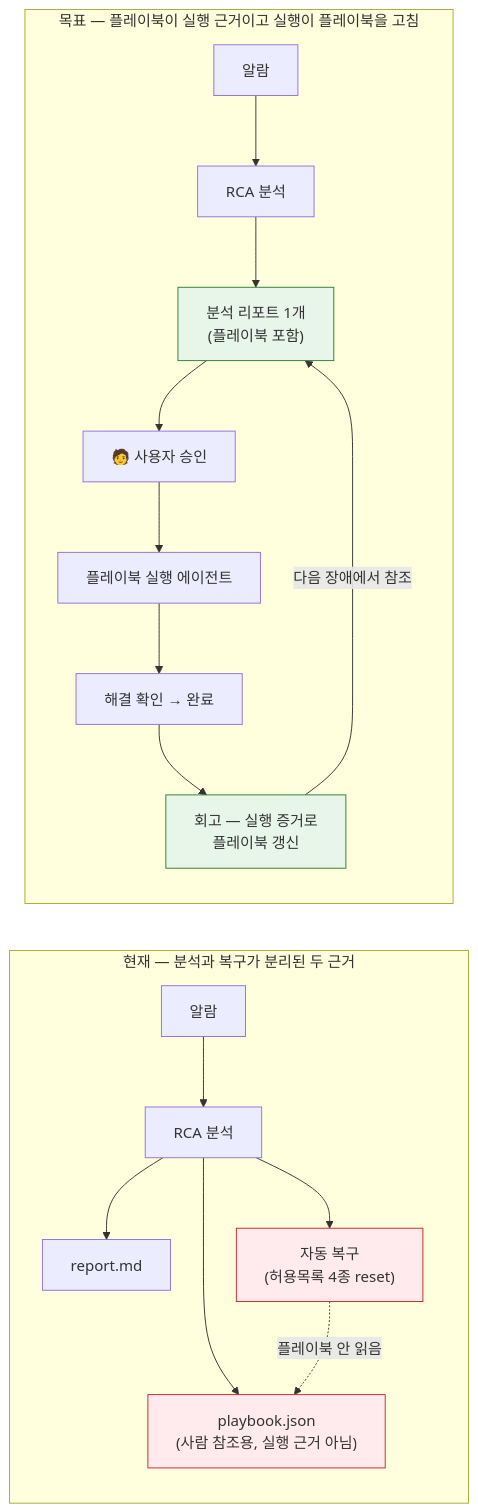
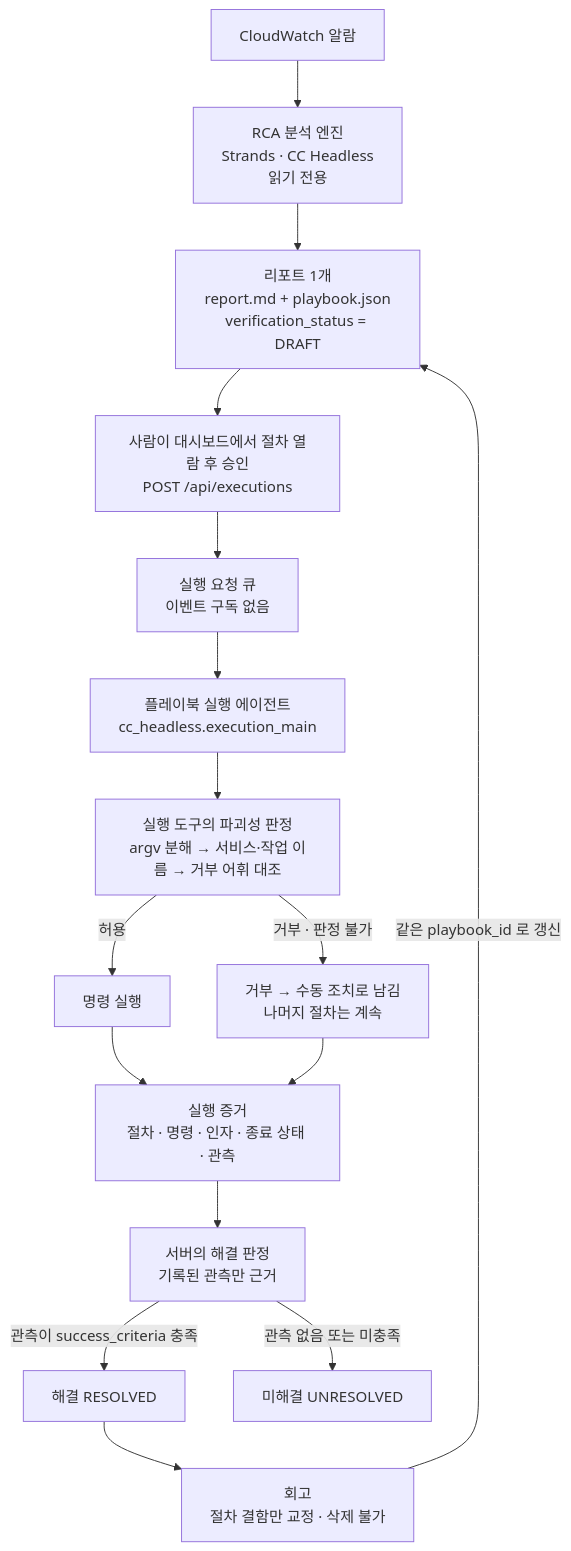
The first of 4 diagrams in docs/rca-to-remediation-flow.md (haandol/rca-agent), drawn with Mermaid before and after one commit. The commit also changed other lines of this file and 7 other files, not shown here.

````diff
--- a/docs/rca-to-remediation-flow.md
+++ b/docs/rca-to-remediation-flow.md
@@ -20,27 +18,26 @@
 ```mermaid
-flowchart LR
-    subgraph AsIs["현재 — 분석과 복구가 분리된 두 근거"]
-        direction TB
-        A1["알람"] --> A2["RCA 분석"]
-        A2 --> A3["report.md"]
-        A2 --> A4["playbook.json<br/>(사람 참조용, 실행 근거 아님)"]
-        A2 --> A5["자동 복구<br/>(허용목록 4종 reset)"]
-        A5 -.->|"플레이북 안 읽음"| A4
-    end
+flowchart TB
+    CW["CloudWatch 알람"]
+    ENG["RCA 분석 엔진<br/>Strands · CC Headless<br/>읽기 전용"]
+    REP["리포트 1개<br/>report.md + playbook.json<br/>verification_status = DRAFT"]
+    APV["사람이 대시보드에서 절차 열람 후 승인<br/>POST /api/executions"]
+    QUE["실행 요청 큐<br/>이벤트 구독 없음"]
+    WRK["플레이북 실행 에이전트<br/>cc_headless.execution_main"]
+    GATE["실행 도구의 파괴성 판정<br/>argv 분해 → 서비스·작업 이름 → 거부 어휘 대조"]
+    RUN["명령 실행"]
+    MAN["거부 → 수동 조치로 남김<br/>나머지 절차는 계속"]
+    EVD["실행 증거<br/>절차 · 명령 · 인자 · 종료 상태 · 관측"]
+    JDG["서버의 해결 판정<br/>기록된 관측만 근거"]
+    RES["해결 RESOLVED"]
+    UNR["미해결 UNRESOLVED"]
+    RETRO["회고<br/>절차 결함만 교정 · 삭제 불가"]
 
-    subgraph ToBe["목표 — 플레이북이 실행 근거이고 실행이 플레이북을 고침"]
-        direction TB
-        B1["알람"] --> B2["RCA 분석"]
-        B2 --> B3["분석 리포트 1개<br/>(플레이북 포함)"]
-        B3 --> B4["🧑 사용자 승인"]
-        B4 --> B5["플레이북 실행 에이전트"]
-        B5 --> B6["해결 확인 → 완료"]
-        B6 --> B7["회고 — 실행 증거로<br/>플레이북 갱신"]
-        B7 -->|"다음 장애에서 참조"| B3
-    end
-
-    style A4 fill:#ffebee,stroke:#c62828
-    style A5 fill:#ffebee,stroke:#c62828
-    style B3 fill:#e8f5e9,stroke:#2e7d32
-    style B7 fill:#e8f5e9,stroke:#2e7d32
+    CW --> ENG --> REP --> APV --> QUE --> WRK --> GATE
+    GATE -->|"허용"| RUN --> EVD
+    GATE -->|"거부 · 판정 불가"| MAN --> EVD
+    EVD --> JDG
+    JDG -->|"관측이 success_criteria 충족"| RES
+    JDG -->|"관측 없음 또는 미충족"| UNR
+    RES --> RETRO
+    RETRO -->|"같은 playbook_id 로 갱신"| REP
 ```
````
